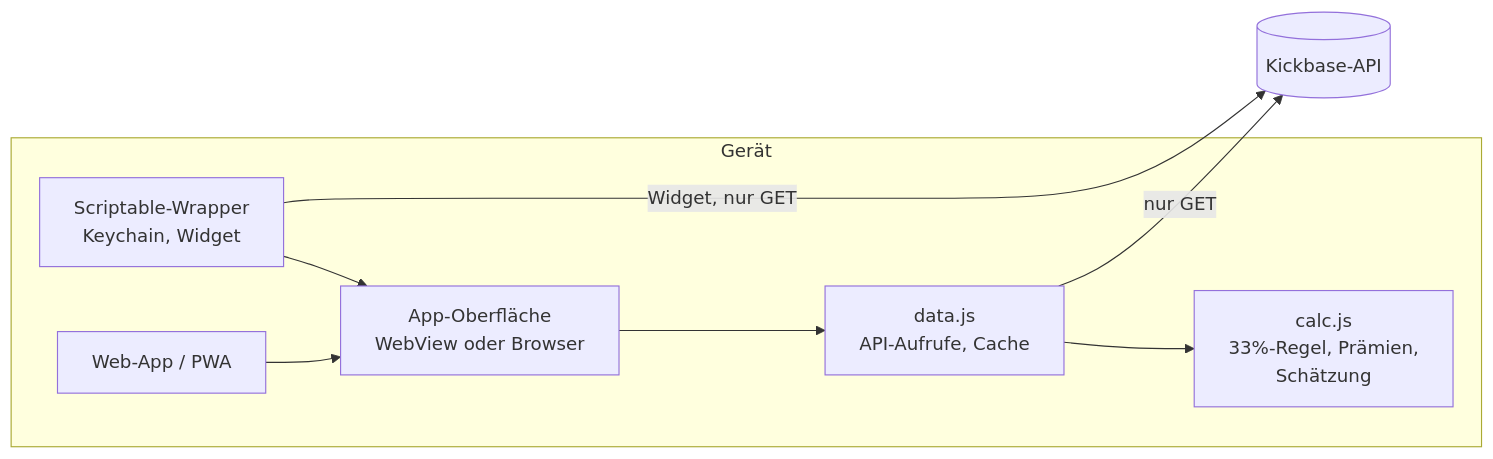
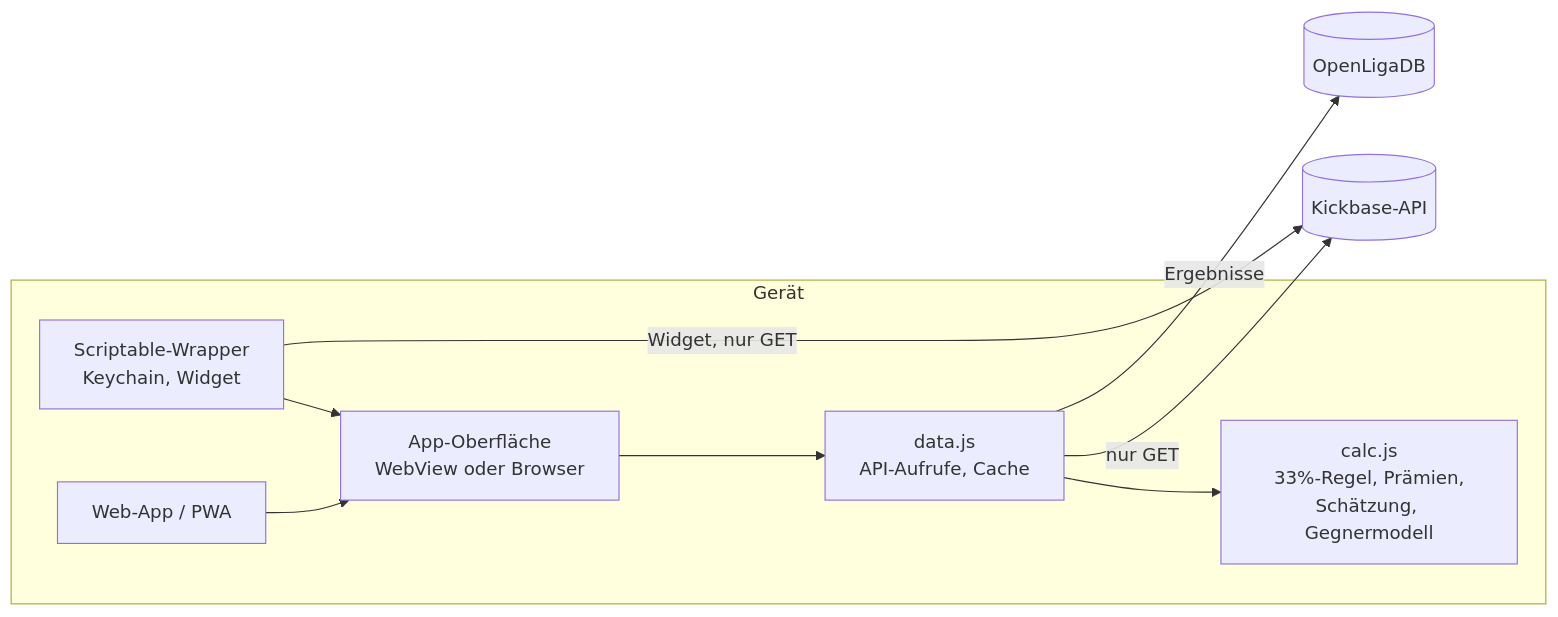
The diagram in README.md (azarucha/Kaderplaner), drawn with Mermaid before and after one commit. The commit also changed other lines of this file and 15 other files, not shown here.

````diff
--- a/README.md
+++ b/README.md
@@ -108,11 +135,12 @@
 ```mermaid
 flowchart LR
   subgraph Gerät
     W[Scriptable-Wrapper<br/>Keychain, Widget] --> V[App-Oberfläche<br/>WebView oder Browser]
     P[Web-App / PWA] --> V
     V --> D[data.js<br/>API-Aufrufe, Cache]
-    D --> C[calc.js<br/>33%-Regel, Prämien,<br/>Schätzung]
+    D --> C[calc.js<br/>33%-Regel, Prämien,<br/>Schätzung, Gegnermodell]
   end
   D -->|nur GET| K[(Kickbase-API)]
+  D -->|Ergebnisse| O[(OpenLigaDB)]
   W -->|Widget, nur GET| K
 ```
````
